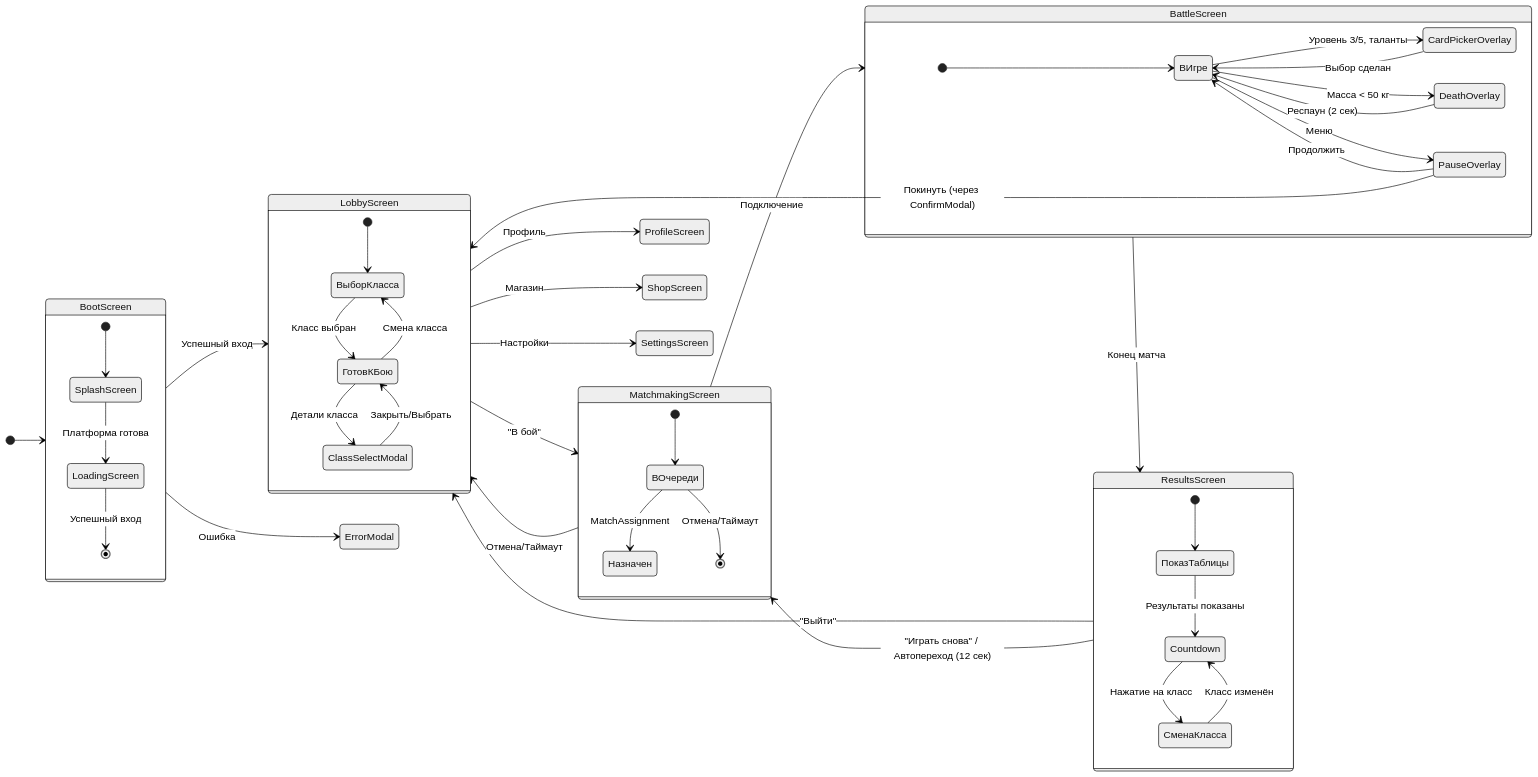
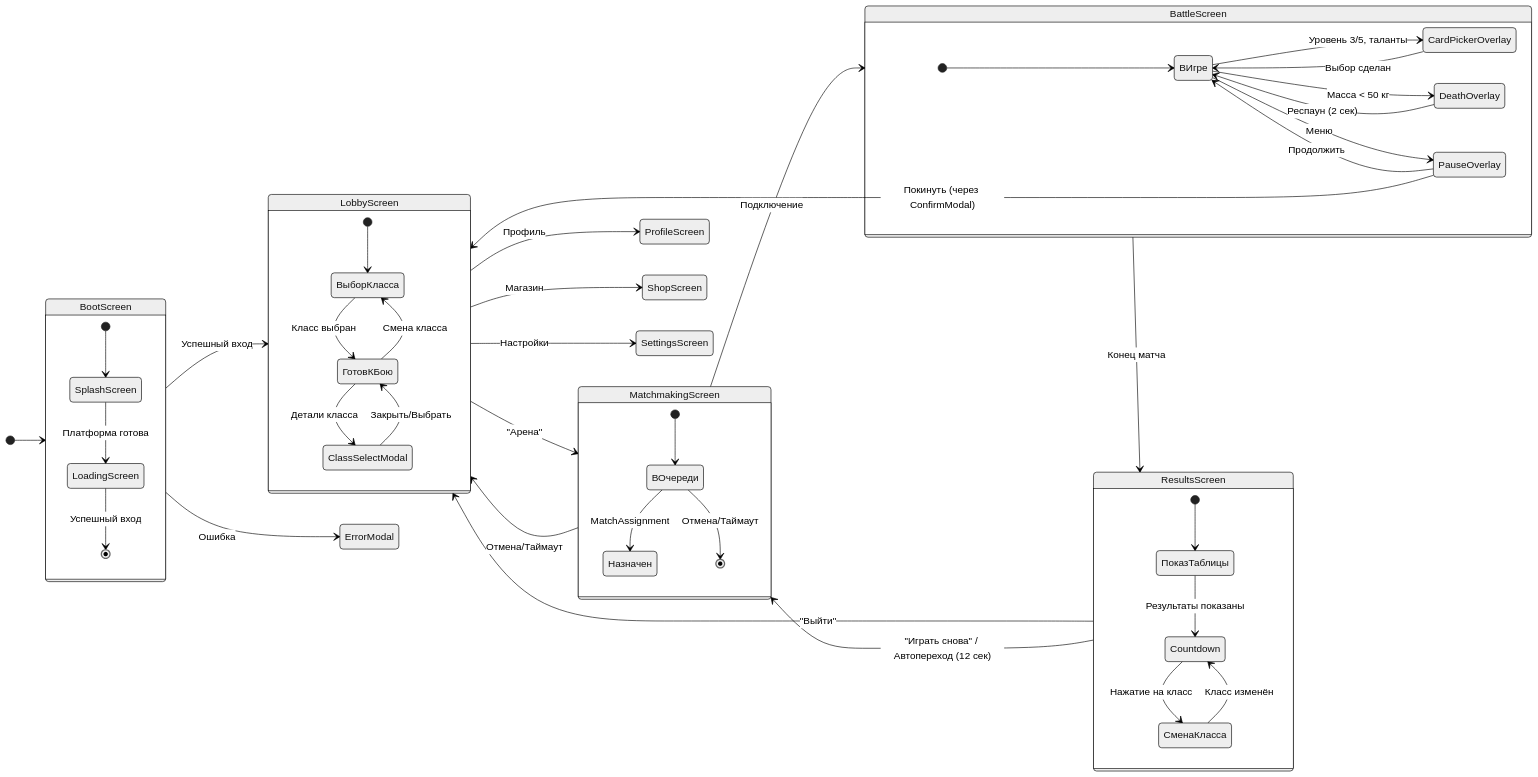
One commit to komleff/slime-arena changed the diagram in docs/soft-launch/SlimeArena-UI-TZ-v1_6_1.md. Above: the diagram before and after it, drawn with Mermaid (neutral theme). The commit also changed other lines of this file and 44 other files, not shown here.

````diff
--- a/docs/soft-launch/SlimeArena-UI-TZ-v1_6_1.md
+++ b/docs/soft-launch/SlimeArena-UI-TZ-v1_6_1.md
@@ -223,60 +234,60 @@
 ```mermaid
 stateDiagram-v2
     direction LR
 
     [*] --> BootScreen
 
     state BootScreen {
         [*] --> SplashScreen
         SplashScreen --> LoadingScreen: Платформа готова
         LoadingScreen --> [*]: Успешный вход
     }
 
     BootScreen --> LobbyScreen: Успешный вход
     BootScreen --> ErrorModal: Ошибка
 
     state LobbyScreen {
         [*] --> ВыборКласса
         ВыборКласса --> ГотовКБою: Класс выбран
         ГотовКБою --> ВыборКласса: Смена класса
         ГотовКБою --> ClassSelectModal: Детали класса
         ClassSelectModal --> ГотовКБою: Закрыть/Выбрать
     }
 
-    LobbyScreen --> MatchmakingScreen: "В бой"
+    LobbyScreen --> MatchmakingScreen: "Арена"
     LobbyScreen --> ProfileScreen: Профиль
     LobbyScreen --> ShopScreen: Магазин
     LobbyScreen --> SettingsScreen: Настройки
 
     state MatchmakingScreen {
         [*] --> ВОчереди
         ВОчереди --> Назначен: MatchAssignment
         ВОчереди --> [*]: Отмена/Таймаут
     }
 
     MatchmakingScreen --> BattleScreen: Подключение
     MatchmakingScreen --> LobbyScreen: Отмена/Таймаут
 
     state BattleScreen {
         [*] --> ВИгре
         ВИгре --> CardPickerOverlay: Уровень 3/5, таланты
         CardPickerOverlay --> ВИгре: Выбор сделан
         ВИгре --> DeathOverlay: Масса < 50 кг
         DeathOverlay --> ВИгре: Респаун (2 сек)
         ВИгре --> PauseOverlay: Меню
         PauseOverlay --> ВИгре: Продолжить
     }
 
     BattleScreen --> ResultsScreen: Конец матча
     PauseOverlay --> LobbyScreen: Покинуть (через ConfirmModal)
 
     state ResultsScreen {
         [*] --> ПоказТаблицы
         ПоказТаблицы --> Countdown: Результаты показаны
         Countdown --> СменаКласса: Нажатие на класс
         СменаКласса --> Countdown: Класс изменён
     }
 
     ResultsScreen --> LobbyScreen: "Выйти"
     ResultsScreen --> MatchmakingScreen: "Играть снова" / Автопереход (12 сек)
 ```
````
